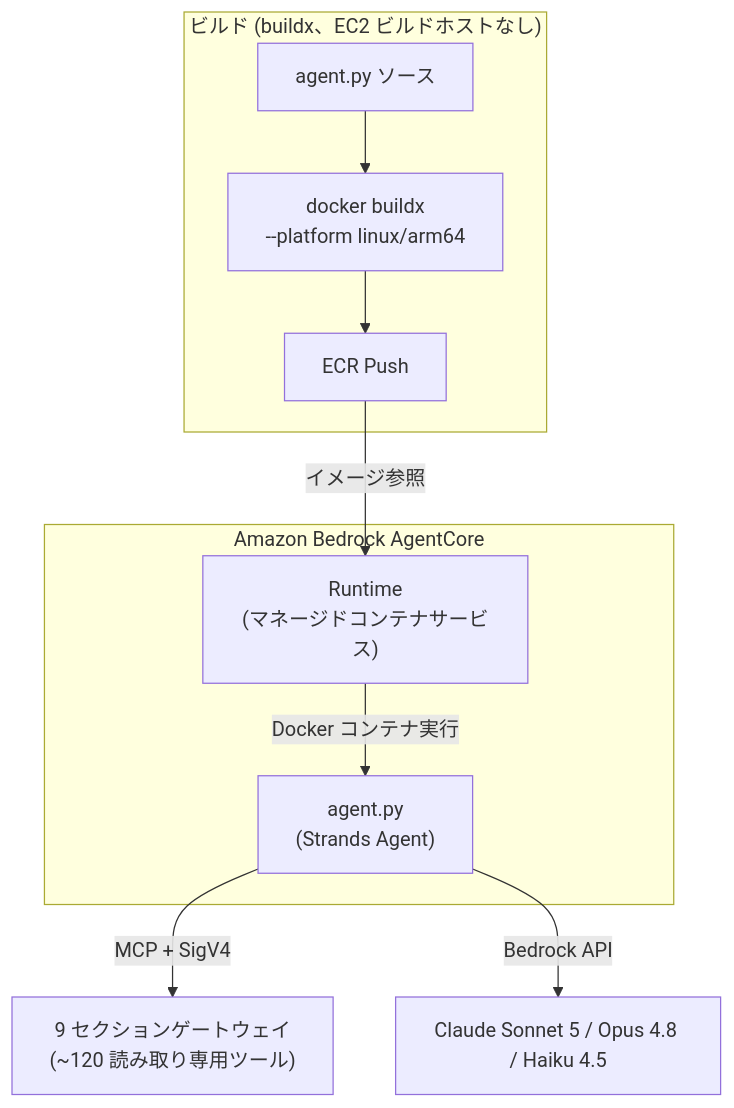
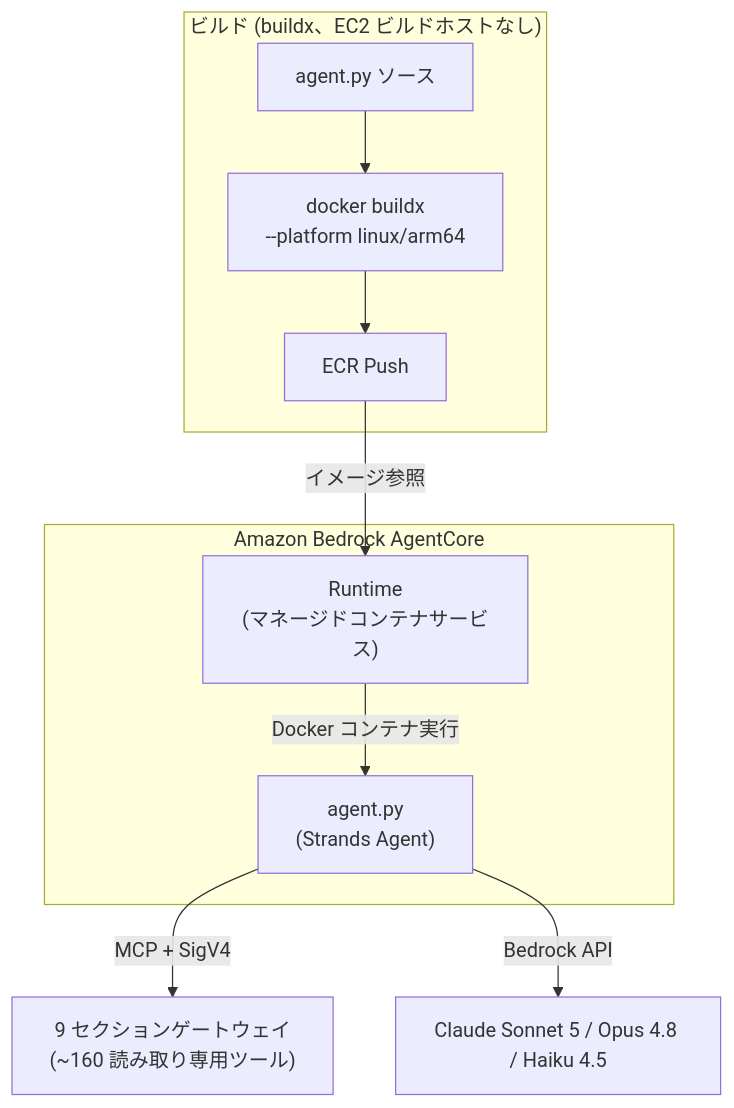
The second of 7 diagrams in docs-site/i18n/ja/docusaurus-plugin-content-docs/current/faq/agentcore-memory.md (Atom-oh/awsops), drawn with Mermaid before and after one commit. The commit also changed other lines of this file and 28 other files, not shown here.

````diff
--- a/docs-site/i18n/ja/docusaurus-plugin-content-docs/current/faq/agentcore-memory.md
+++ b/docs-site/i18n/ja/docusaurus-plugin-content-docs/current/faq/agentcore-memory.md
@@ -40,17 +40,17 @@
 ```mermaid
 flowchart TD
   subgraph AC["Amazon Bedrock AgentCore"]
     RT["Runtime<br/>(マネージドコンテナサービス)"]
     RT -->|"Docker コンテナ実行"| AGENT["agent.py<br/>(Strands Agent)"]
   end
 
   subgraph BUILD["ビルド (buildx、EC2 ビルドホストなし)"]
     SRC["agent.py ソース"] --> DOCKER["docker buildx<br/>--platform linux/arm64"]
     DOCKER --> ECR["ECR Push"]
   end
 
   ECR -->|"イメージ参照"| RT
 
-  AGENT -->|"MCP + SigV4"| GW["9 セクションゲートウェイ<br/>(~120 読み取り専用ツール)"]
+  AGENT -->|"MCP + SigV4"| GW["9 セクションゲートウェイ<br/>(~160 読み取り専用ツール)"]
   AGENT -->|"Bedrock API"| MODEL["Claude Sonnet 5 / Opus 4.8 / Haiku 4.5"]
 ```
````
